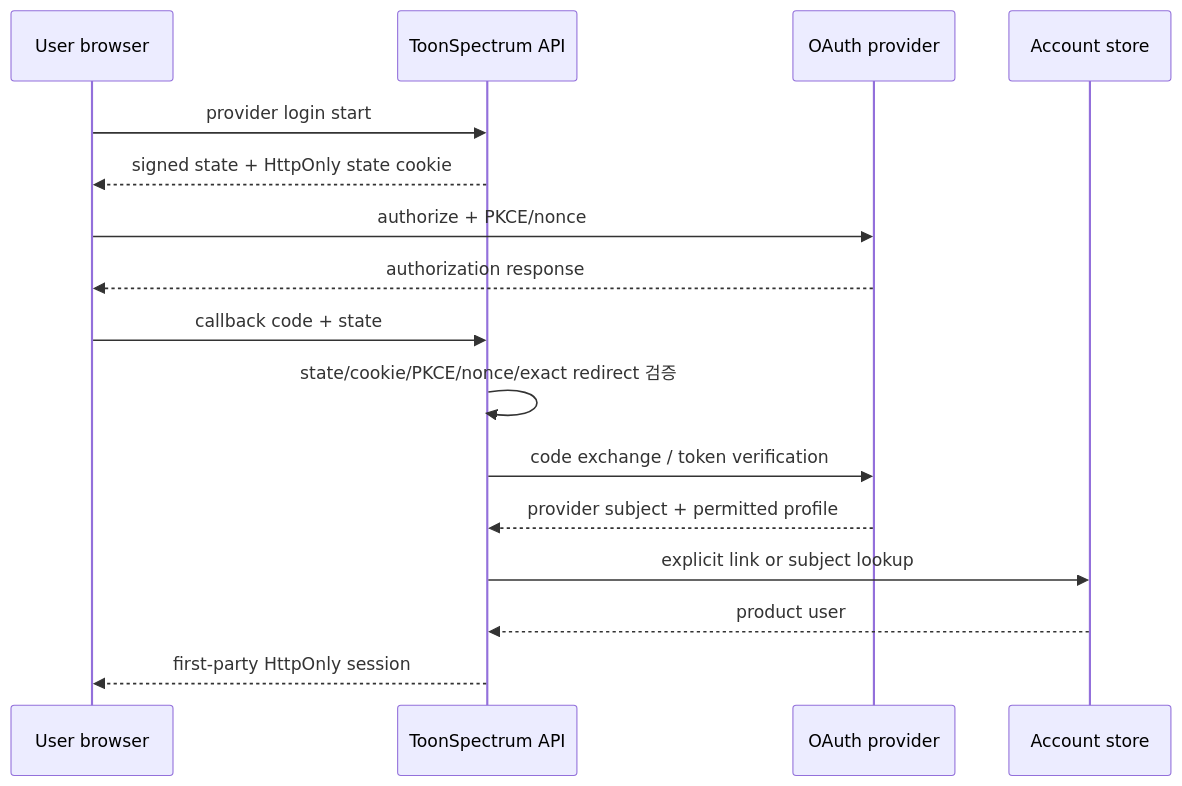
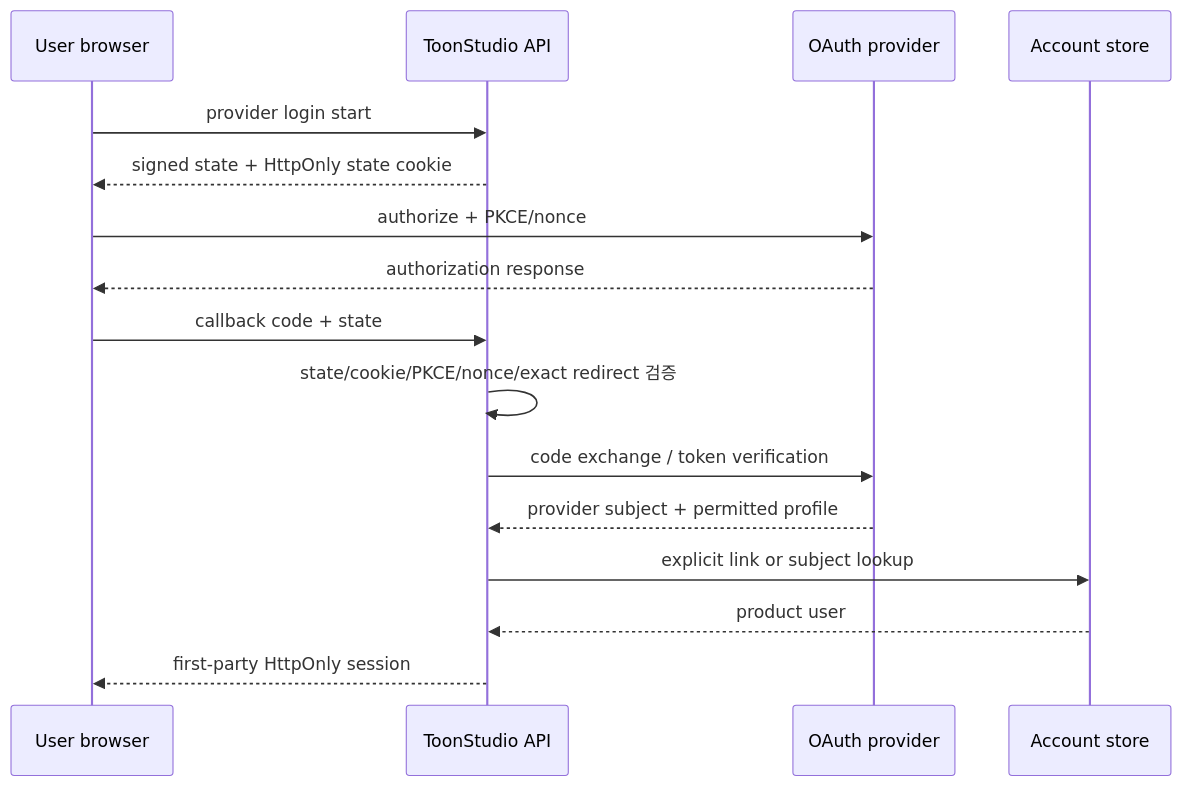
One commit to blue45f/toonspectrum changed the second of 5 diagrams in docs/technology/toonstudio-engineering-playbook-2026-09-23.md. Above: the diagram before and after it, drawn with Mermaid. The commit also changed 2897 other files, not shown here.

````diff
--- a/docs/technology/toonstudio-engineering-playbook-2026-09-23.md
+++ b/docs/technology/toonstudio-engineering-playbook-2026-09-23.md
@@ -154,19 +154,19 @@
 ```mermaid
 sequenceDiagram
   participant U as User browser
-  participant A as ToonSpectrum API
+  participant A as ToonStudio API
   participant P as OAuth provider
   participant D as Account store
 
   U->>A: provider login start
   A-->>U: signed state + HttpOnly state cookie
   U->>P: authorize + PKCE/nonce
   P-->>U: authorization response
   U->>A: callback code + state
   A->>A: state/cookie/PKCE/nonce/exact redirect 검증
   A->>P: code exchange / token verification
   P-->>A: provider subject + permitted profile
   A->>D: explicit link or subject lookup
   D-->>A: product user
   A-->>U: first-party HttpOnly session
 ```
````
